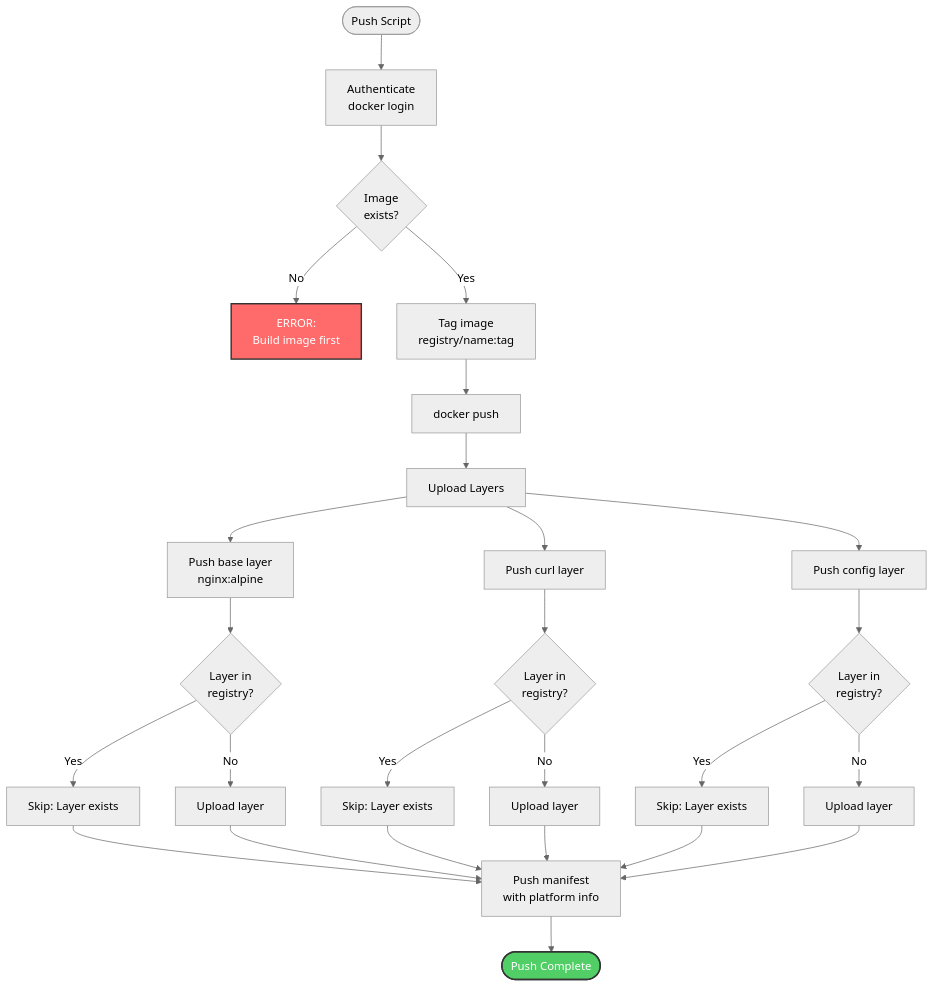
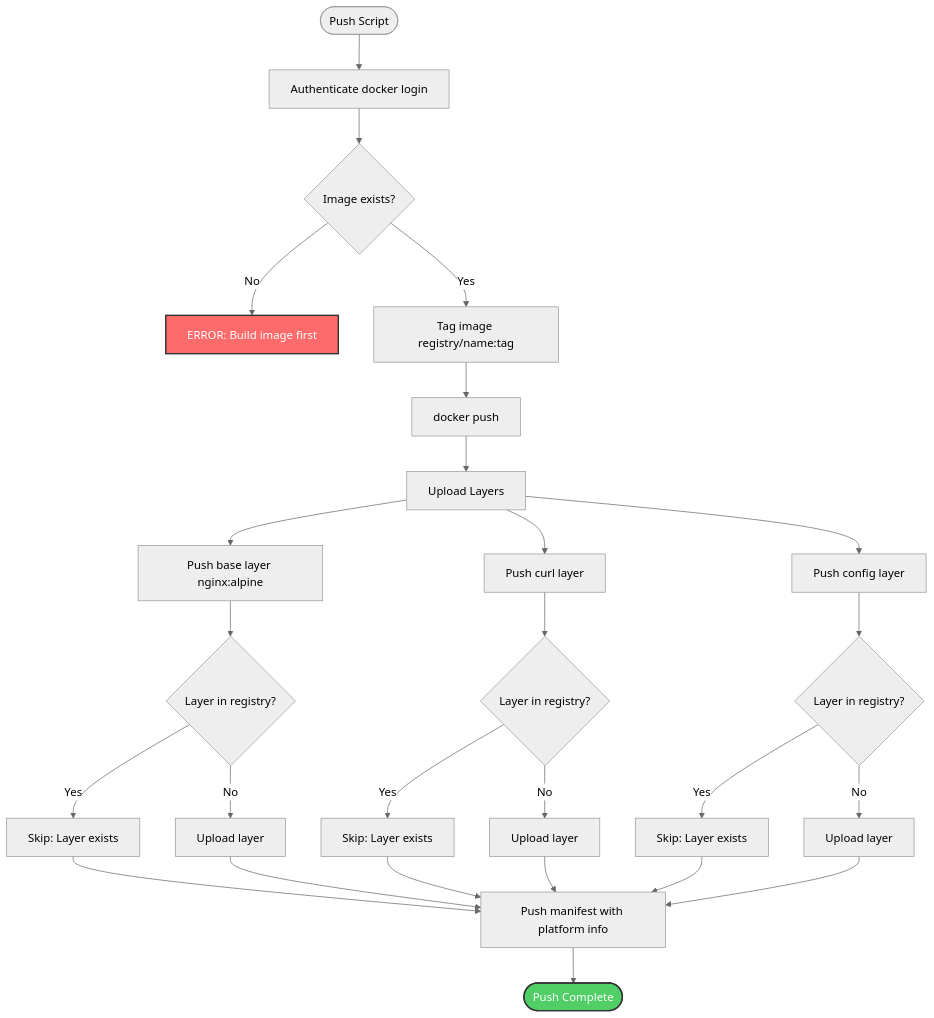
Before and after one commit to softwarewrighter/dev-proxy: diagram 11 of 16 in wiki/Build-Process.md, drawn with Mermaid (neutral theme). The commit also changed other lines of this file and 6 other files, not shown here.

First line of the commit message:
Fix wiki Mermaid diagrams: remove <br/> tags

````diff
--- a/wiki/Build-Process.md
+++ b/wiki/Build-Process.md
@@ -442,43 +442,43 @@
 ```mermaid
 graph TB
-    Start([Push Script]) --> Auth[Authenticate<br/>docker login]
+    Start([Push Script]) --> Auth[Authenticate docker login]
 
-    Auth --> CheckImage{Image<br/>exists?}
-    CheckImage -->|No| Error1[ERROR:<br/>Build image first]
-    CheckImage -->|Yes| Tag[Tag image<br/>registry/name:tag]
+    Auth --> CheckImage{Image exists?}
+    CheckImage -->|No| Error1[ERROR: Build image first]
+    CheckImage -->|Yes| Tag[Tag image registry/name:tag]
 
     Tag --> Push[docker push]
 
     Push --> Layers[Upload Layers]
 
-    Layers --> Layer1[Push base layer<br/>nginx:alpine]
+    Layers --> Layer1[Push base layer nginx:alpine]
     Layers --> Layer2[Push curl layer]
     Layers --> Layer3[Push config layer]
 
-    Layer1 --> CheckCache1{Layer in<br/>registry?}
-    Layer2 --> CheckCache2{Layer in<br/>registry?}
-    Layer3 --> CheckCache3{Layer in<br/>registry?}
+    Layer1 --> CheckCache1{Layer in registry?}
+    Layer2 --> CheckCache2{Layer in registry?}
+    Layer3 --> CheckCache3{Layer in registry?}
 
     CheckCache1 -->|Yes| Skip1[Skip: Layer exists]
     CheckCache1 -->|No| Upload1[Upload layer]
 
     CheckCache2 -->|Yes| Skip2[Skip: Layer exists]
     CheckCache2 -->|No| Upload2[Upload layer]
 
     CheckCache3 -->|Yes| Skip3[Skip: Layer exists]
     CheckCache3 -->|No| Upload3[Upload layer]
 
     Skip1 --> Manifest
     Upload1 --> Manifest
     Skip2 --> Manifest
     Upload2 --> Manifest
     Skip3 --> Manifest
     Upload3 --> Manifest
 
-    Manifest[Push manifest<br/>with platform info]
+    Manifest[Push manifest with platform info]
 
     Manifest --> Done([Push Complete])
 
     style Error1 fill:#ff6b6b,stroke:#333,stroke-width:2px,color:#fff
     style Done fill:#51cf66,stroke:#333,stroke-width:2px,color:#fff
 ```
````
